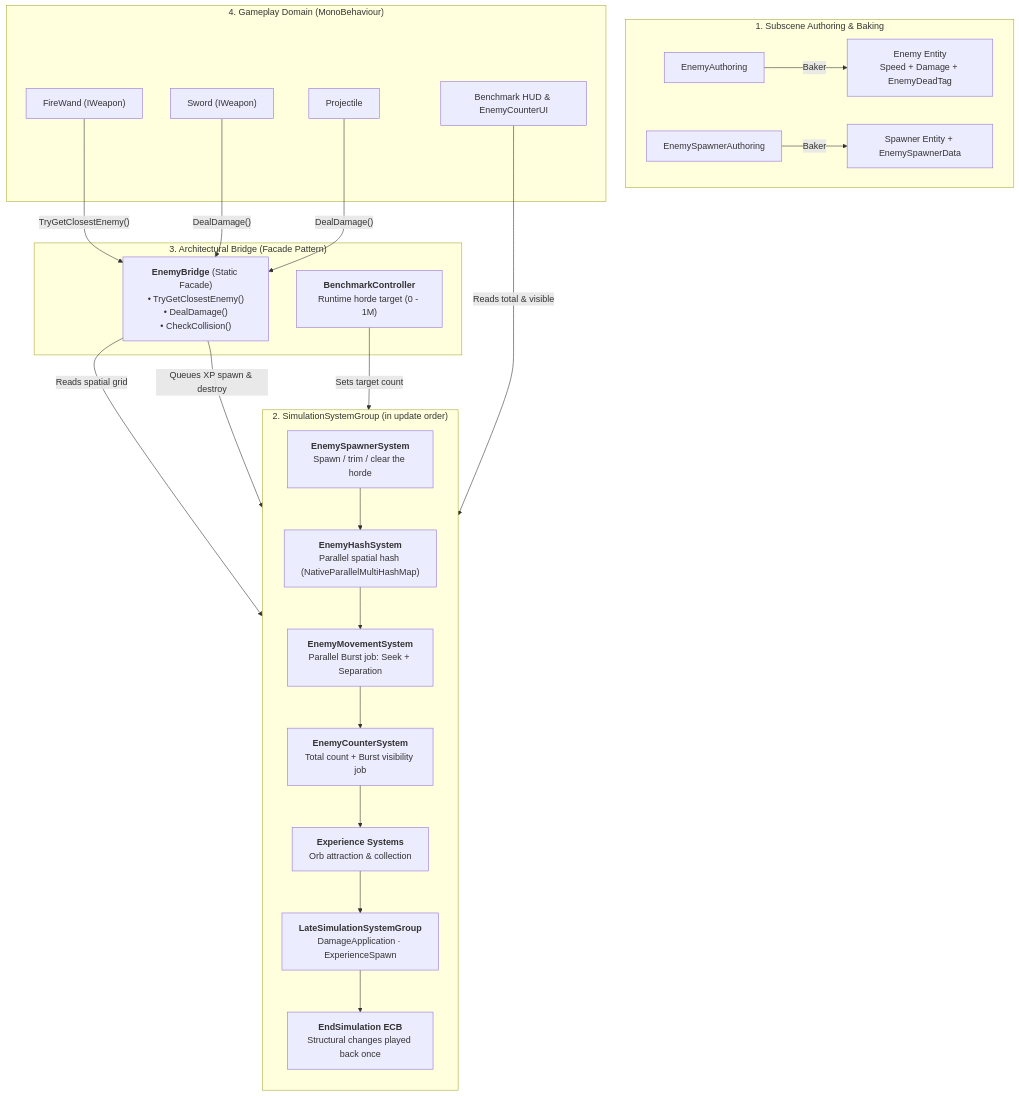
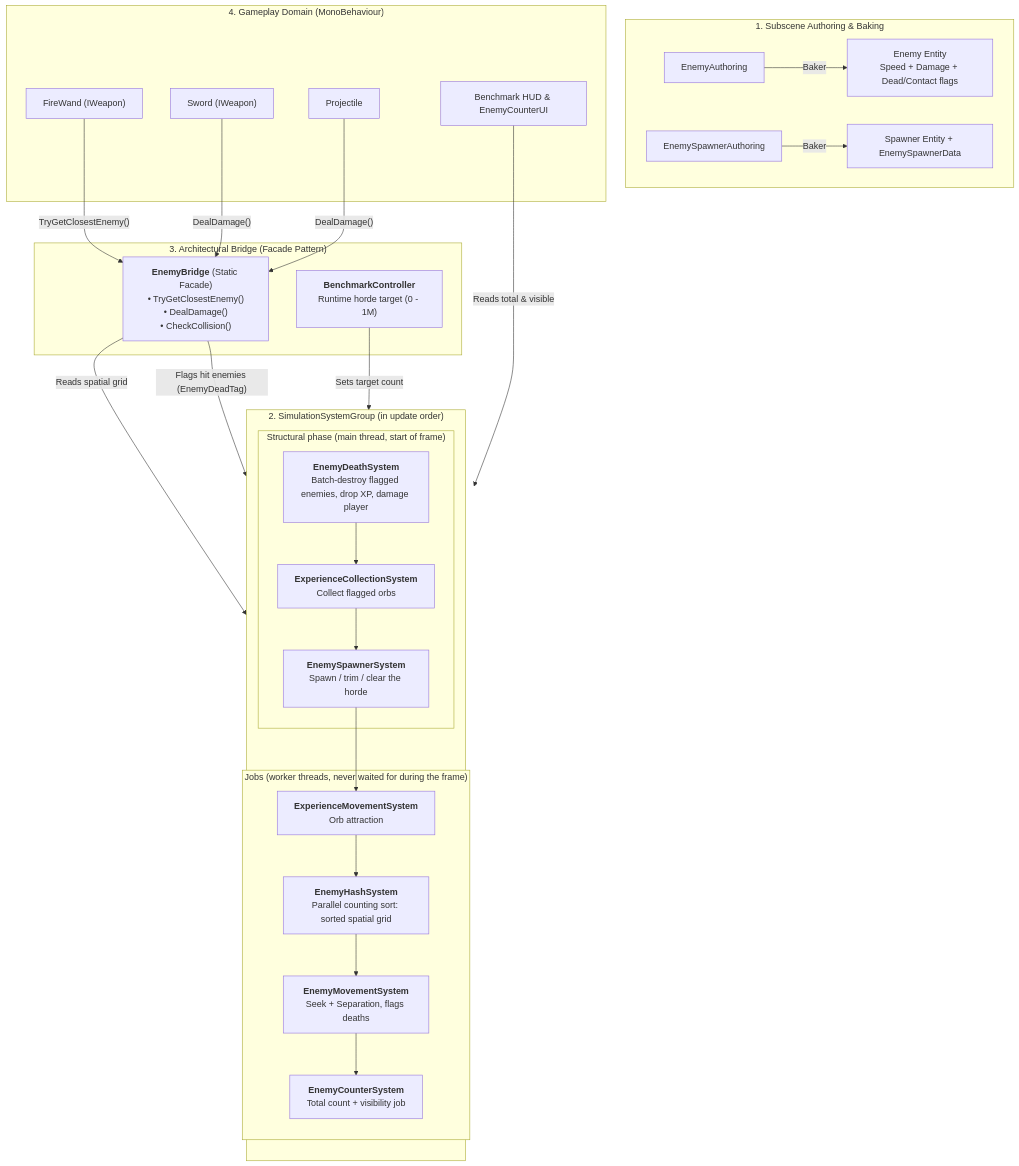
Before and after one commit to ms292435/Roguelike_Game: the diagram in README.md, drawn with Mermaid. The commit also changed other lines of this file and 4 other files, not shown here.

````diff
--- a/README.md
+++ b/README.md
@@ -106,41 +111,44 @@
 ```mermaid
 flowchart TD
     subgraph AuthoringLayer ["1. Subscene Authoring & Baking"]
-        EA["EnemyAuthoring"] -->|Baker| EC["Enemy Entity<br/>Speed + Damage + EnemyDeadTag"]
+        EA["EnemyAuthoring"] -->|Baker| EC["Enemy Entity<br/>Speed + Damage + Dead/Contact flags"]
         ESA["EnemySpawnerAuthoring"] -->|Baker| ED["Spawner Entity + EnemySpawnerData"]
     end
 
     subgraph SimulationPipeline ["2. SimulationSystemGroup (in update order)"]
         direction TB
-        ESS["<b>EnemySpawnerSystem</b><br/>Spawn / trim / clear the horde"]
-        EHS["<b>EnemyHashSystem</b><br/>Parallel spatial hash (NativeParallelMultiHashMap)"]
-        EMS["<b>EnemyMovementSystem</b><br/>Parallel Burst job: Seek + Separation"]
-        ECS["<b>EnemyCounterSystem</b><br/>Total count + Burst visibility job"]
-        EXS["<b>Experience Systems</b><br/>Orb attraction & collection"]
-        LATE["<b>LateSimulationSystemGroup</b><br/>DamageApplication · ExperienceSpawn"]
-        ECB["<b>EndSimulation ECB</b><br/>Structural changes played back once"]
-
-        ESS --> EHS --> EMS --> ECS --> EXS --> LATE --> ECB
+        subgraph Structural ["Structural phase (main thread, start of frame)"]
+            EDS["<b>EnemyDeathSystem</b><br/>Batch-destroy flagged enemies, drop XP, damage player"]
+            EXC["<b>ExperienceCollectionSystem</b><br/>Collect flagged orbs"]
+            ESS["<b>EnemySpawnerSystem</b><br/>Spawn / trim / clear the horde"]
+        end
+        subgraph Jobs ["Jobs (worker threads, never waited for during the frame)"]
+            EXM["<b>ExperienceMovementSystem</b><br/>Orb attraction"]
+            EHS["<b>EnemyHashSystem</b><br/>Parallel counting sort: sorted spatial grid"]
+            EMS["<b>EnemyMovementSystem</b><br/>Seek + Separation, flags deaths"]
+            ECS["<b>EnemyCounterSystem</b><br/>Total count + visibility job"]
+        end
+        EDS --> EXC --> ESS --> EXM --> EHS --> EMS --> ECS
     end
 
     subgraph HybridFacade ["3. Architectural Bridge (Facade Pattern)"]
         EB["<b>EnemyBridge</b> (Static Facade)<br/>• TryGetClosestEnemy()<br/>• DealDamage()<br/>• CheckCollision()"]
         BC["<b>BenchmarkController</b><br/>Runtime horde target (0 - 1M)"]
     end
 
     subgraph GameplayLayer ["4. Gameplay Domain (MonoBehaviour)"]
         FW["FireWand (IWeapon)"]
         SW["Sword (IWeapon)"]
         PR["Projectile"]
         UI["Benchmark HUD & EnemyCounterUI"]
     end
 
     BC -->|"Sets target count"| ESS
     UI -->|"Reads total & visible"| ECS
     FW -->|"TryGetClosestEnemy()"| EB
     SW -->|"DealDamage()"| EB
     PR -->|"DealDamage()"| EB
 
     EB -->|"Reads spatial grid"| EHS
-    EB -->|"Queues XP spawn & destroy"| ECB
+    EB -->|"Flags hit enemies (EnemyDeadTag)"| EDS
 ```
````
